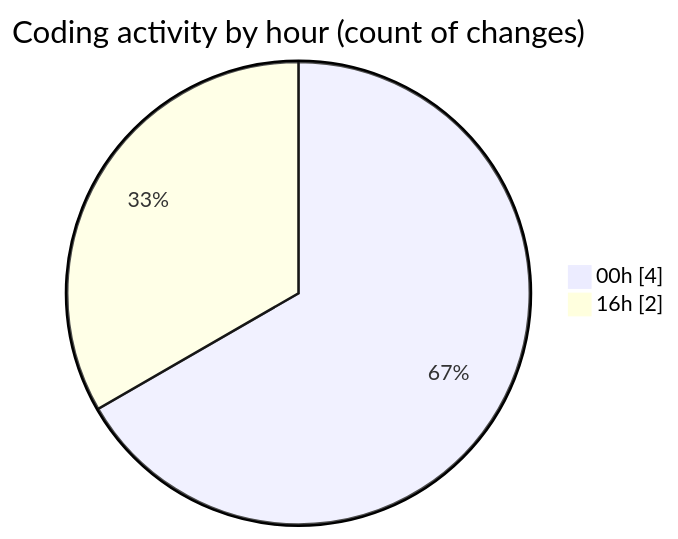
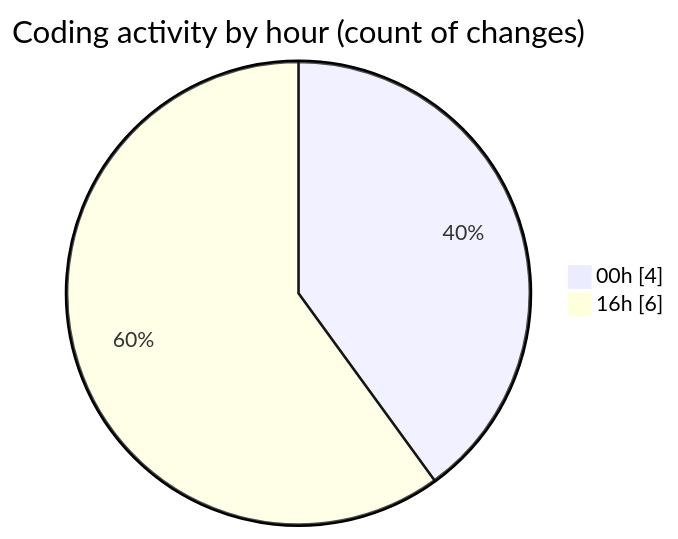
Before and after one commit to FixMe24/code-tracking: the second of 2 diagrams in 2025-05-20/fixme24/README.md, drawn with Mermaid. The commit also changed other lines of this file and 1 other file, not shown here.

````diff
--- a/2025-05-20/fixme24/README.md
+++ b/2025-05-20/fixme24/README.md
@@ -33,6 +36,6 @@
 ```mermaid
 pie showData
 title Coding activity by hour (count of changes)
 "00h" : 4
-"16h" : 2
+"16h" : 6
 ```
````
